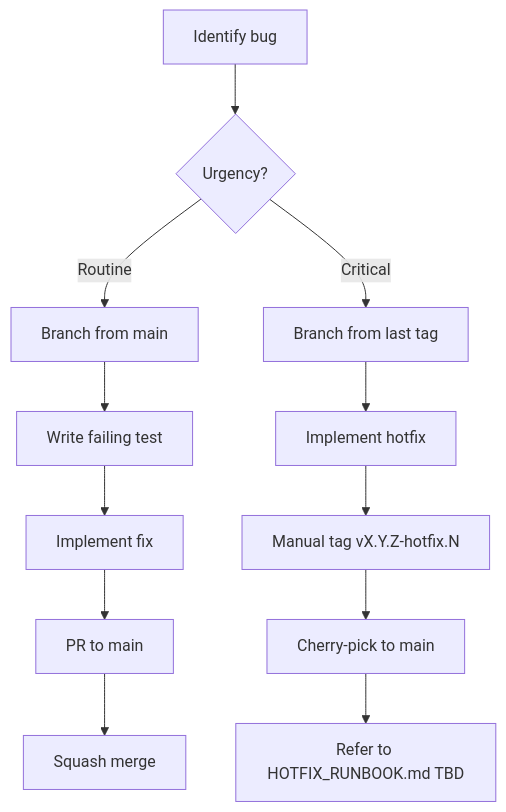
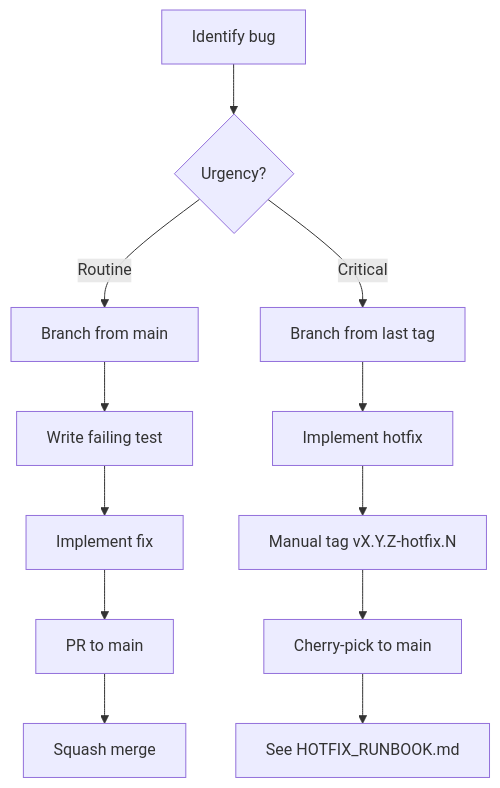
One commit to mcp-hangar/mcp-hangar changed the first of 3 diagrams in docs/development/GIT_FLOW.md. Above: the diagram before and after it, drawn with Mermaid. The commit also changed other lines of this file and 3 other files, not shown here.

````diff
--- a/docs/development/GIT_FLOW.md
+++ b/docs/development/GIT_FLOW.md
@@ -102,14 +102,14 @@
 ```mermaid
 flowchart TD
     A[Identify bug] --> B{Urgency?}
     B -- Routine --> C[Branch from main]
     C --> D[Write failing test]
     D --> E[Implement fix]
     E --> F[PR to main]
     F --> G[Squash merge]
     B -- Critical --> H[Branch from last tag]
     H --> I[Implement hotfix]
     I --> J[Manual tag vX.Y.Z-hotfix.N]
     J --> K[Cherry-pick to main]
-    K --> L[Refer to HOTFIX_RUNBOOK.md TBD]
+     K --> L[See HOTFIX_RUNBOOK.md]
 ```
````
